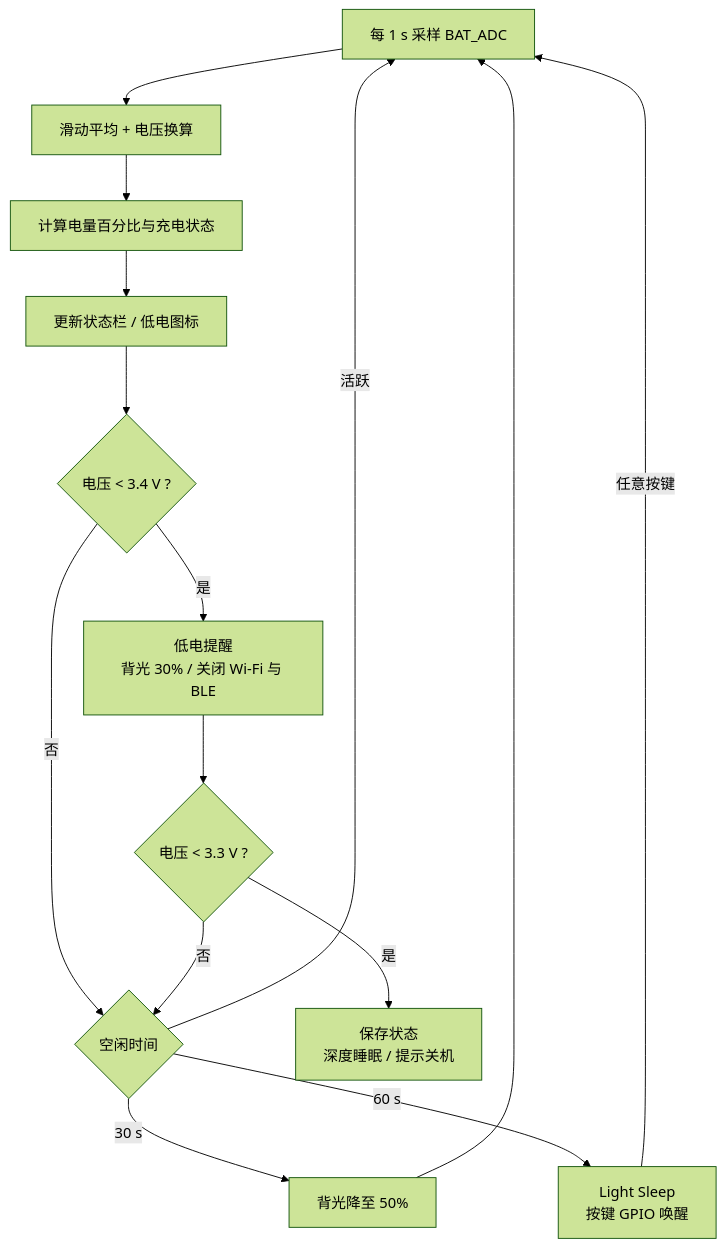
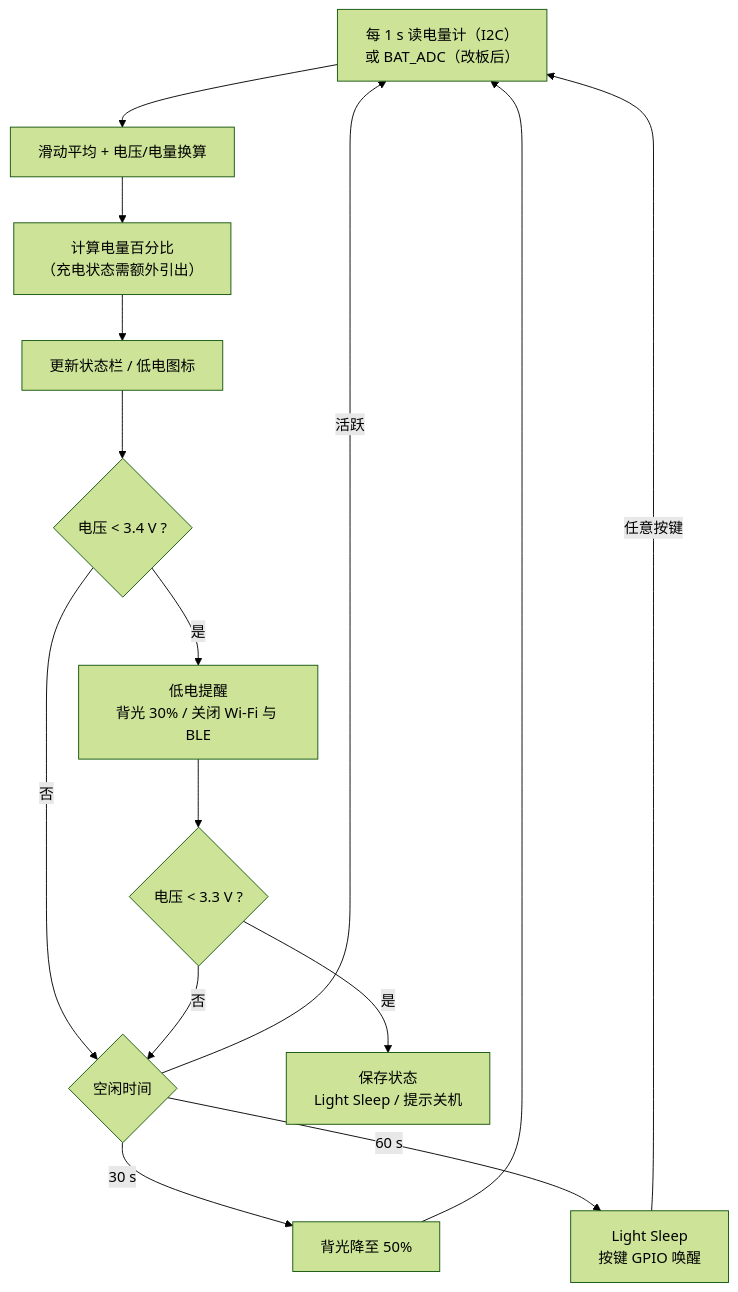
One commit to WPxyz-moon/ESP32HandledConsole changed the fourth of 11 diagrams in docs/02-子系统流程图.md. Above: the diagram before and after it, drawn with Mermaid (forest theme). The commit also changed other lines of this file and 25 other files, not shown here.

````diff
--- a/docs/02-子系统流程图.md
+++ b/docs/02-子系统流程图.md
@@ -108,17 +108,17 @@
 ```mermaid
 flowchart TD
-    A["每 1 s 采样 BAT_ADC"] --> B["滑动平均 + 电压换算"]
-    B --> C["计算电量百分比与充电状态"]
+    A["每 1 s 读电量计（I2C）<br/>或 BAT_ADC（改板后）"] --> B["滑动平均 + 电压/电量换算"]
+    B --> C["计算电量百分比<br/>（充电状态需额外引出）"]
     C --> D["更新状态栏 / 低电图标"]
     D --> E{"电压 < 3.4 V ?"}
     E -->|"否"| F{"空闲时间"}
     E -->|"是"| G["低电提醒<br/>背光 30% / 关闭 Wi-Fi 与 BLE"]
     G --> H{"电压 < 3.3 V ?"}
-    H -->|"是"| I["保存状态<br/>深度睡眠 / 提示关机"]
+    H -->|"是"| I["保存状态<br/>Light Sleep / 提示关机"]
     H -->|"否"| F
     F -->|"30 s"| J["背光降至 50%"]
     F -->|"60 s"| K["Light Sleep<br/>按键 GPIO 唤醒"]
     F -->|"活跃"| A
     J --> A
     K -->|"任意按键"| A
 ```
````
